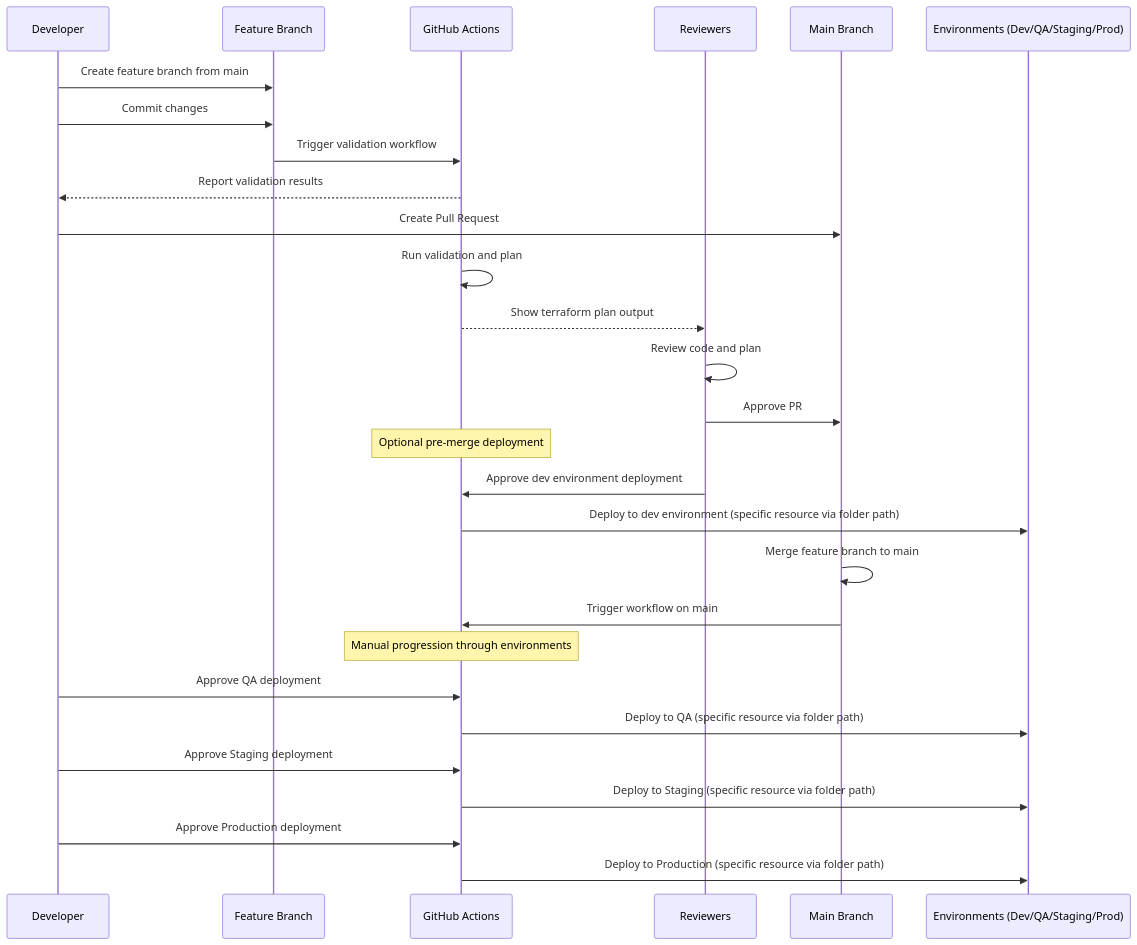
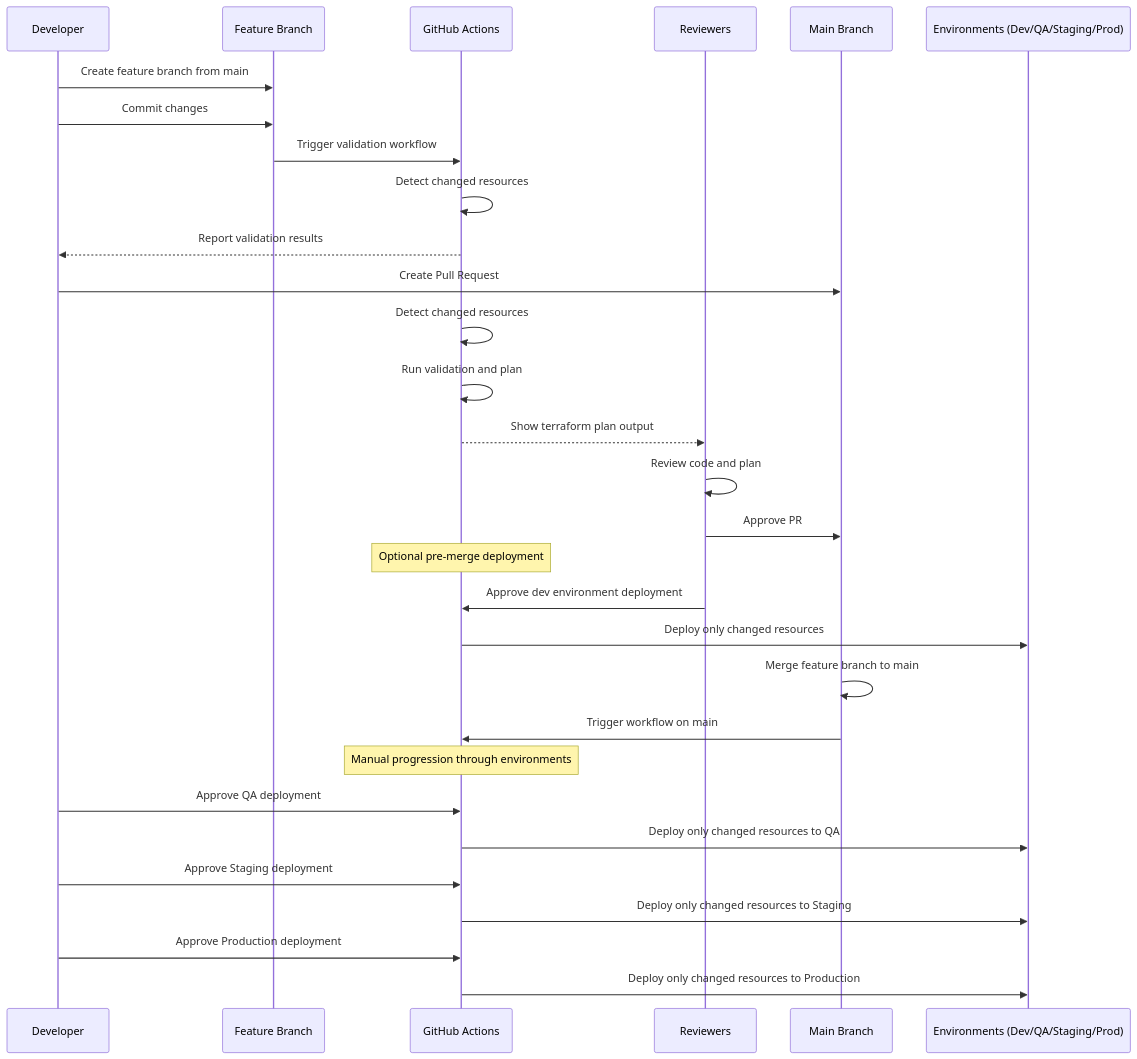
The diagram in iac_workflow.md (remmyisbobga/manual-ga), drawn with Mermaid before and after one commit. The commit also changed other lines of this file and 3 other files, not shown here.

````diff
--- a/iac_workflow.md
+++ b/iac_workflow.md
@@ -182,35 +111,37 @@
 ```mermaid
 sequenceDiagram
     participant D as Developer
     participant FB as Feature Branch
     participant CI as GitHub Actions
     participant R as Reviewers
     participant MB as Main Branch
     participant E as Environments (Dev/QA/Staging/Prod)
     
     D->>FB: Create feature branch from main
     D->>FB: Commit changes
     FB->>CI: Trigger validation workflow
+    CI->>CI: Detect changed resources
     CI-->>D: Report validation results
     
     D->>MB: Create Pull Request
+    CI->>CI: Detect changed resources
     CI->>CI: Run validation and plan
     CI-->>R: Show terraform plan output
     R->>R: Review code and plan
     R->>MB: Approve PR
     
     Note over CI: Optional pre-merge deployment
     R->>CI: Approve dev environment deployment
-    CI->>E: Deploy to dev environment (specific resource via folder path)
+    CI->>E: Deploy only changed resources
     
     MB->>MB: Merge feature branch to main
     MB->>CI: Trigger workflow on main
     
     Note over CI: Manual progression through environments
     D->>CI: Approve QA deployment
-    CI->>E: Deploy to QA (specific resource via folder path)
+    CI->>E: Deploy only changed resources to QA
     D->>CI: Approve Staging deployment
-    CI->>E: Deploy to Staging (specific resource via folder path)
+    CI->>E: Deploy only changed resources to Staging
     D->>CI: Approve Production deployment
-    CI->>E: Deploy to Production (specific resource via folder path)
+    CI->>E: Deploy only changed resources to Production
 ```
````
